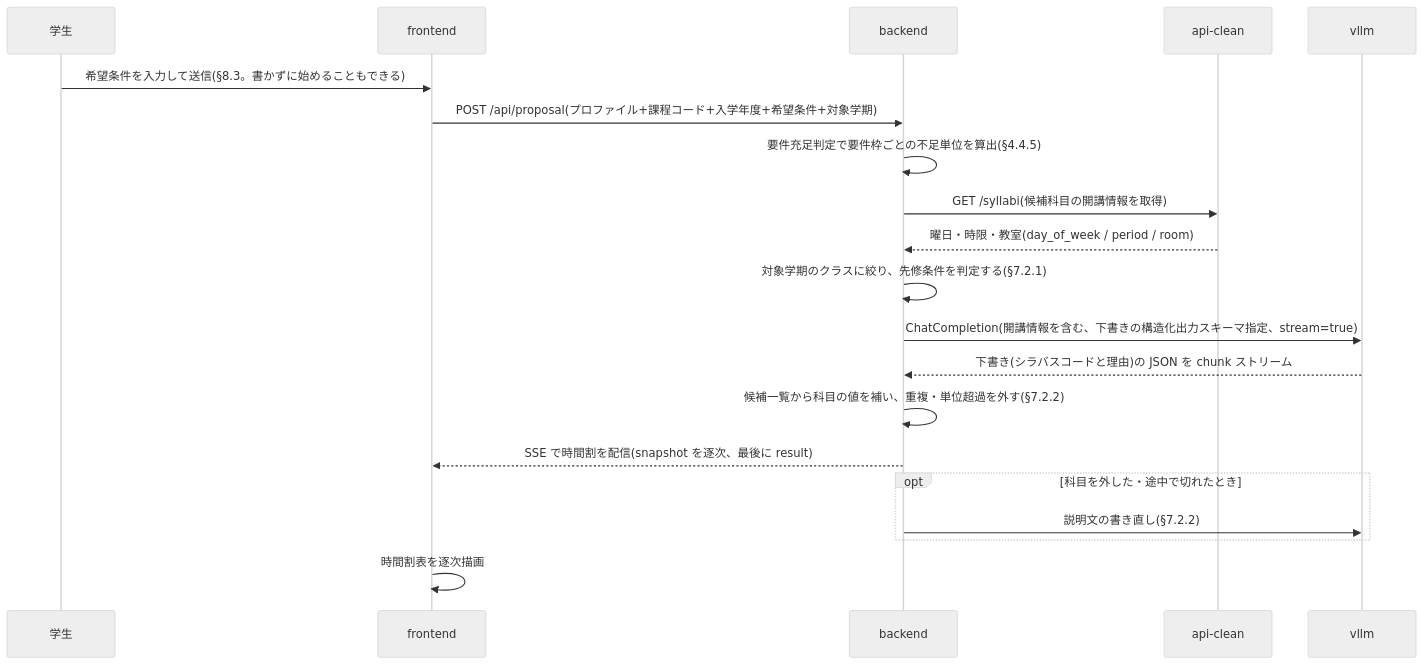
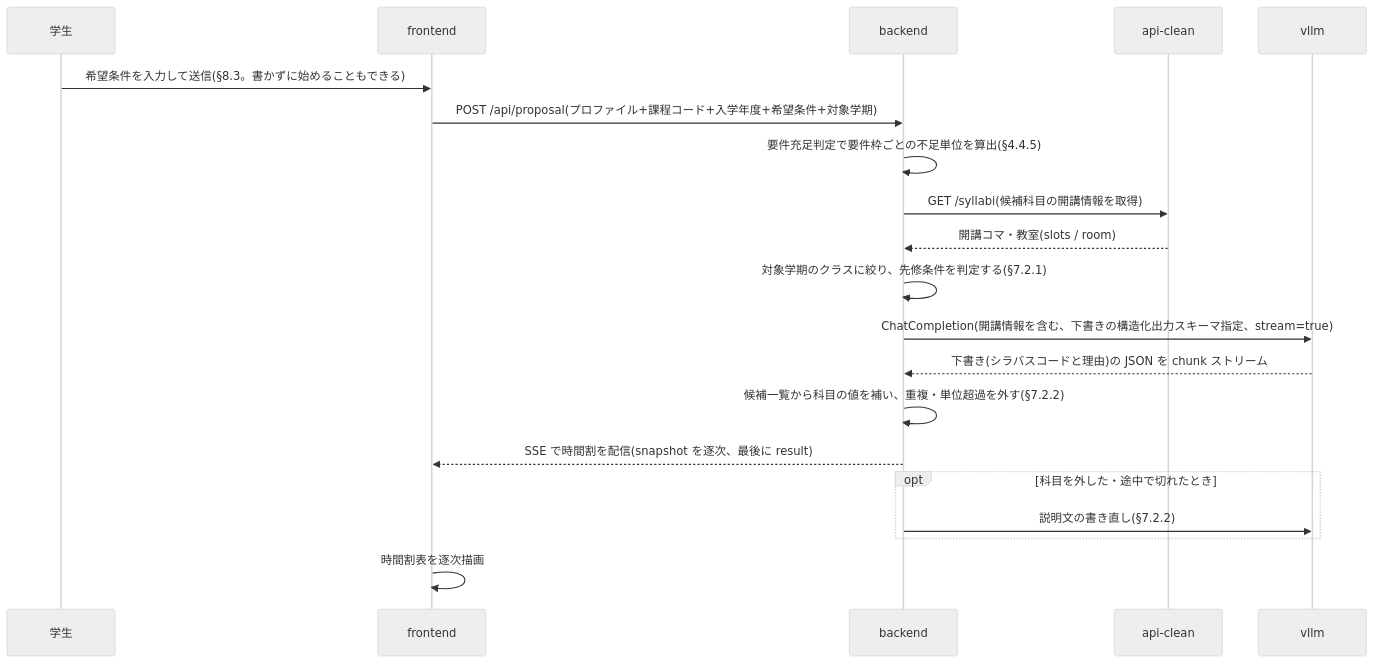
Before and after one commit to ProjectResearch2026/Syllabel: the second of 4 diagrams in docs/design/05-interfaces.md, drawn with Mermaid (neutral theme). The commit also changed other lines of this file and 22 other files, not shown here.

````diff
--- a/docs/design/05-interfaces.md
+++ b/docs/design/05-interfaces.md
@@ -368,22 +371,22 @@
 ```mermaid
 sequenceDiagram
   participant User as 学生
   participant FE as frontend
   participant BE as backend
   participant API as api-clean
   participant LLM as vllm
   User->>FE: 希望条件を入力して送信(§8.3。書かずに始めることもできる)
   FE->>BE: POST /api/proposal(プロファイル+課程コード+入学年度+希望条件+対象学期)
   BE->>BE: 要件充足判定で要件枠ごとの不足単位を算出(§4.4.5)
   BE->>API: GET /syllabi(候補科目の開講情報を取得)
-  API-->>BE: 曜日・時限・教室(day_of_week / period / room)
+  API-->>BE: 開講コマ・教室(slots / room)
   BE->>BE: 対象学期のクラスに絞り、先修条件を判定する(§7.2.1)
   BE->>LLM: ChatCompletion(開講情報を含む、下書きの構造化出力スキーマ指定、stream=true)
   LLM-->>BE: 下書き(シラバスコードと理由)の JSON を chunk ストリーム
   BE->>BE: 候補一覧から科目の値を補い、重複・単位超過を外す(§7.2.2)
   BE-->>FE: SSE で時間割を配信(snapshot を逐次、最後に result)
   opt 科目を外した・途中で切れたとき
     BE->>LLM: 説明文の書き直し(§7.2.2)
   end
   FE->>FE: 時間割表を逐次描画
 ```
````
